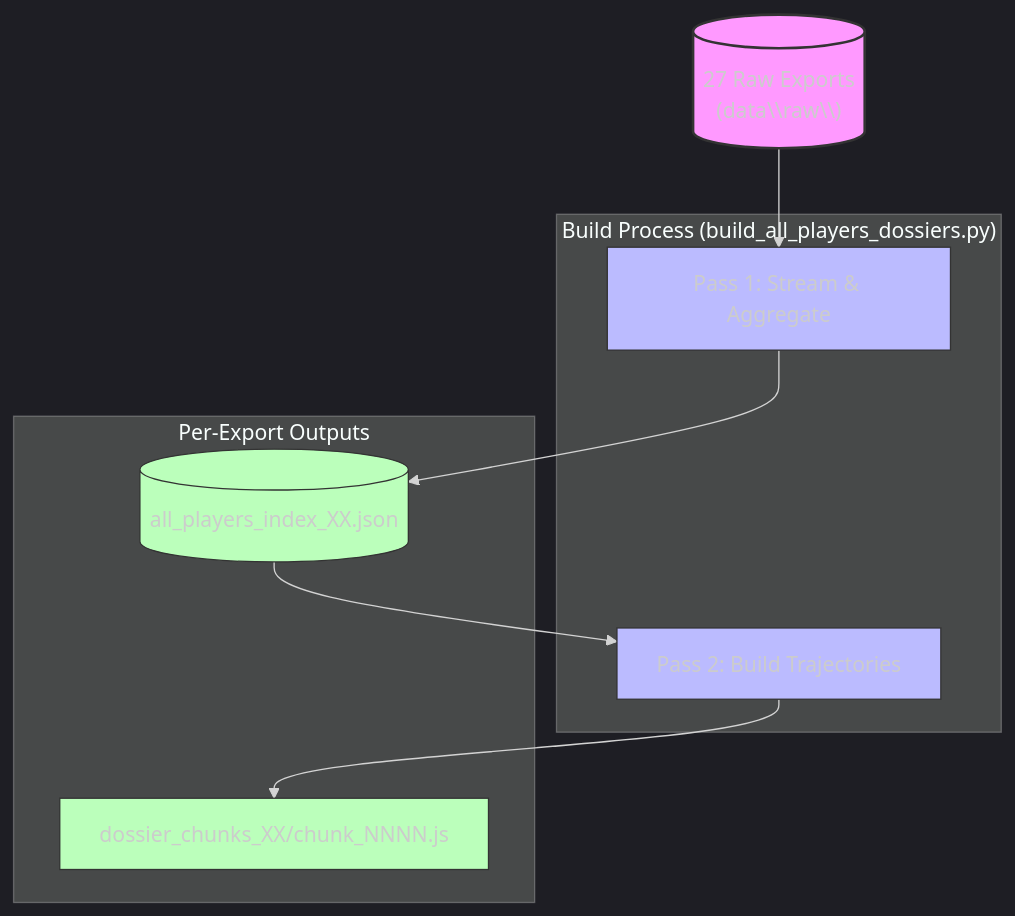
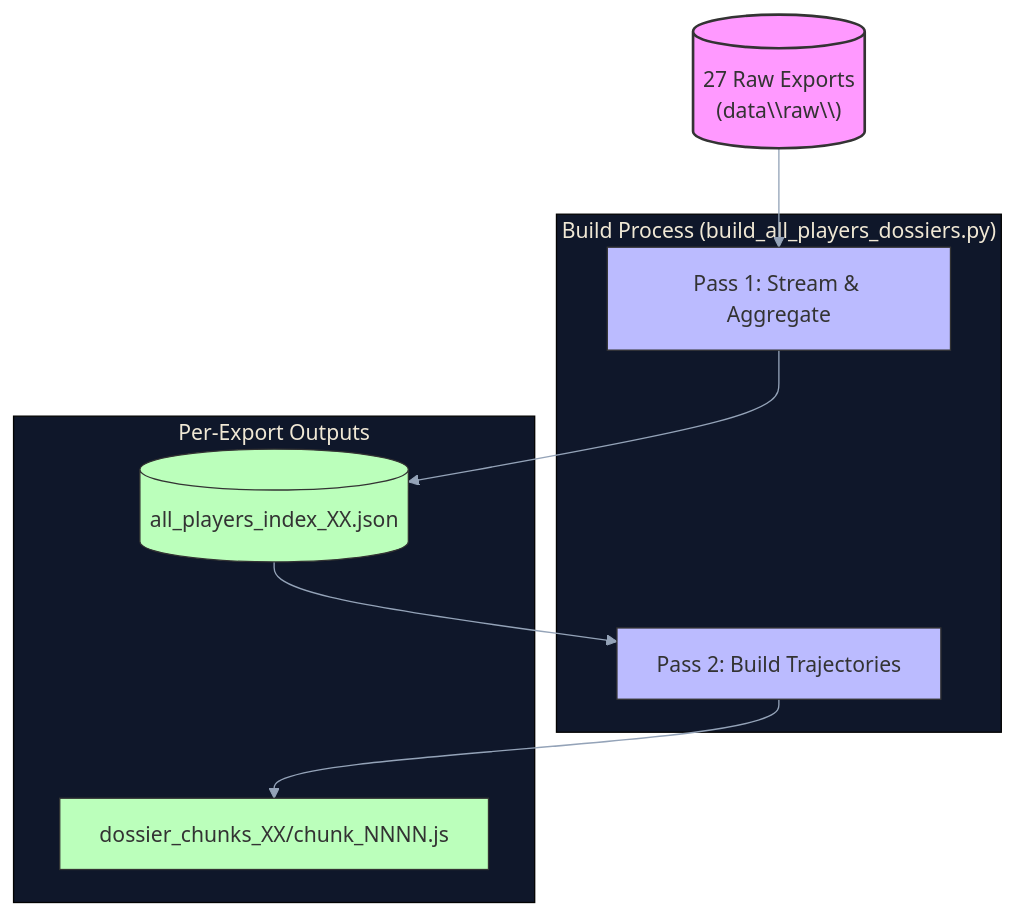
One commit to MagusZealot/OG-Product-BI changed the second of 5 diagrams in workspace_map.md. Above: the diagram before and after it, drawn with Mermaid. The commit also changed other lines of this file, not shown here.

Commit message:
Update mermaid diagrams to use new theme variables for improved readability

````diff
--- a/workspace_map.md
+++ b/workspace_map.md
@@ -357,26 +248,26 @@
 ```mermaid
-%%{init: {'theme': 'dark', 'themeVariables': { 'fontFamily': 'sans-serif' }}}%%
+%%{init: {'theme': 'base', 'themeVariables': { 'primaryColor': '#1e293b', 'primaryBorderColor': '#475569', 'lineColor': '#94a3b8', 'textColor': '#f8fafc', 'secondaryColor': '#334155', 'tertiaryColor': '#0f172a', 'fontFamily': 'sans-serif' }}}%%
 flowchart TD
     subgraph Build["Build Process (build_all_players_dossiers.py)"]
         Pass1[Pass 1: Stream & Aggregate]
         Pass2[Pass 2: Build Trajectories]
     end
 
     subgraph Outputs["Per-Export Outputs"]
         Index[(all_players_index_XX.json)]
         Chunks[dossier_chunks_XX/chunk_NNNN.js]
     end
 
     RawExports[("27 Raw Exports\n(data\\raw\\)")] --> Pass1
     Pass1 --> Index
     Index --> Pass2
     Pass2 --> Chunks
 
     classDef build fill:#bbf,stroke:#333;
     classDef output fill:#bfb,stroke:#333;
     classDef raw fill:#f9f,stroke:#333,stroke-width:2px;
 
     class Pass1,Pass2 build;
     class Index,Chunks output;
     class RawExports raw;
 ```
````
